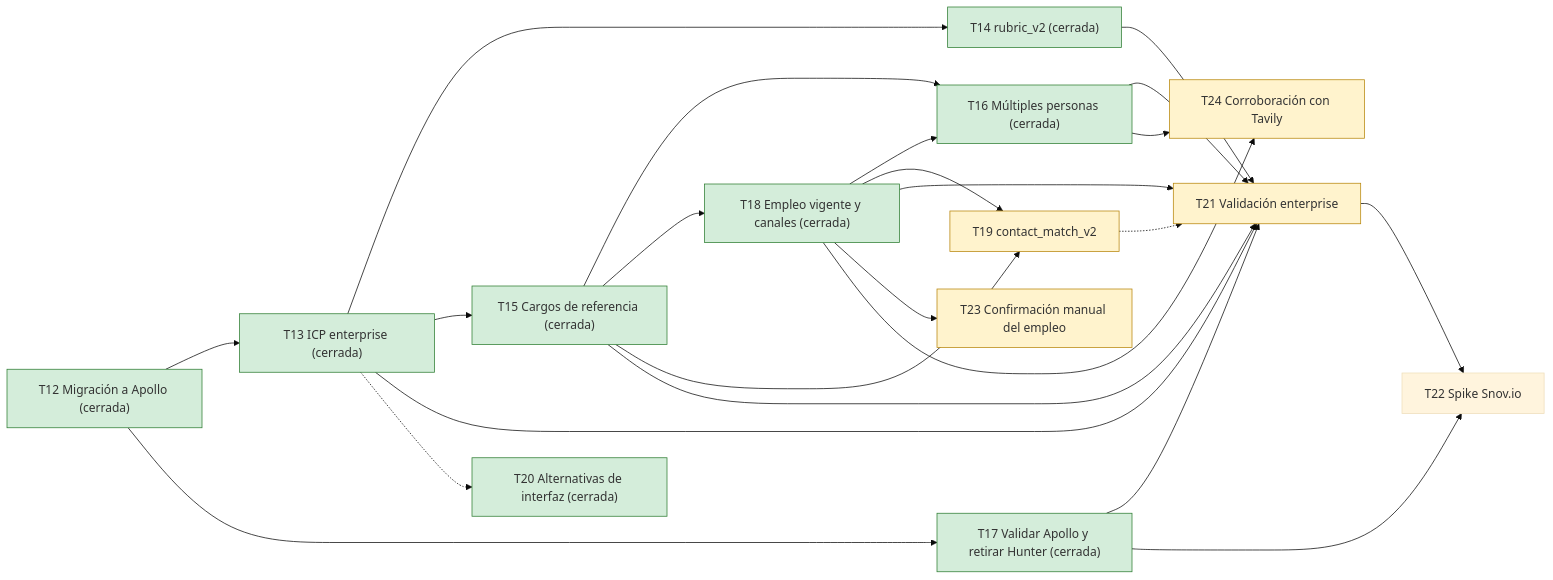
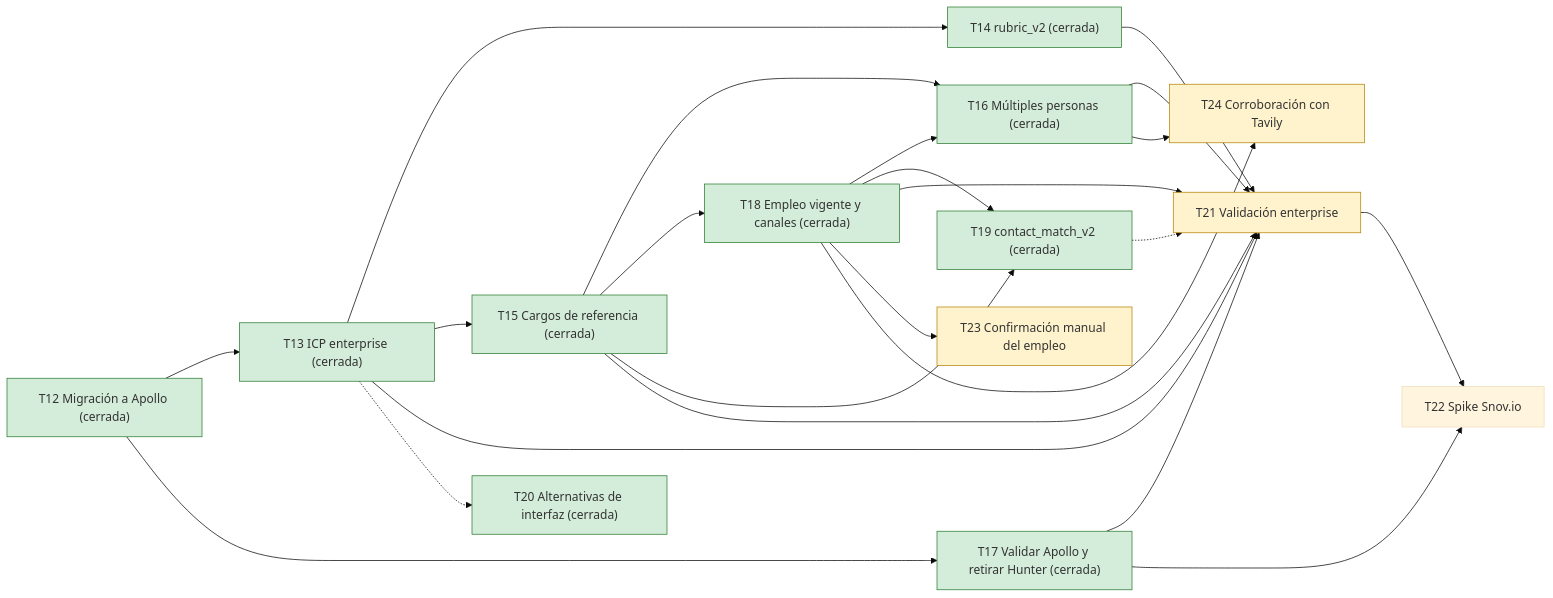
The diagram in docs/Roadmap.md (ThomasSerna/veryfi-prospecting), drawn with Mermaid (base theme) before and after one commit. The commit also changed other lines of this file and 1 other file, not shown here.

````diff
--- a/docs/Roadmap.md
+++ b/docs/Roadmap.md
@@ -54,40 +54,40 @@
 ```mermaid
 flowchart LR
     T12["T12 Migración a Apollo (cerrada)"]:::closed
     T13["T13 ICP enterprise (cerrada)"]:::closed
     T14["T14 rubric_v2 (cerrada)"]:::closed
     T15["T15 Cargos de referencia (cerrada)"]:::closed
     T16["T16 Múltiples personas (cerrada)"]:::closed
     T17["T17 Validar Apollo y retirar Hunter (cerrada)"]:::closed
     T18["T18 Empleo vigente y canales (cerrada)"]:::closed
-    T19["T19 contact_match_v2"]:::ready
+    T19["T19 contact_match_v2 (cerrada)"]:::closed
     T20["T20 Alternativas de interfaz (cerrada)"]:::closed
     T21["T21 Validación enterprise"]:::ready
     T22["T22 Spike Snov.io"]
     T23["T23 Confirmación manual del empleo"]:::ready
     T24["T24 Corroboración con Tavily"]:::ready
     T12 --> T13
     T12 --> T17
     T13 --> T14
     T13 --> T15
     T15 --> T16
     T15 --> T18
     T15 --> T19
     T18 --> T16
     T18 --> T19
     T13 --> T21
     T14 --> T21
     T15 --> T21
     T16 --> T21
     T17 --> T21
     T18 --> T21
     T21 --> T22
     T17 --> T22
     T13 -.-> T20
     T19 -.-> T21
     T18 --> T23
     T18 --> T24
     T16 --> T24
     classDef closed fill:#d4edda,stroke:#2e7d32
     classDef ready fill:#fff3cd,stroke:#b8860b
 ```
````
